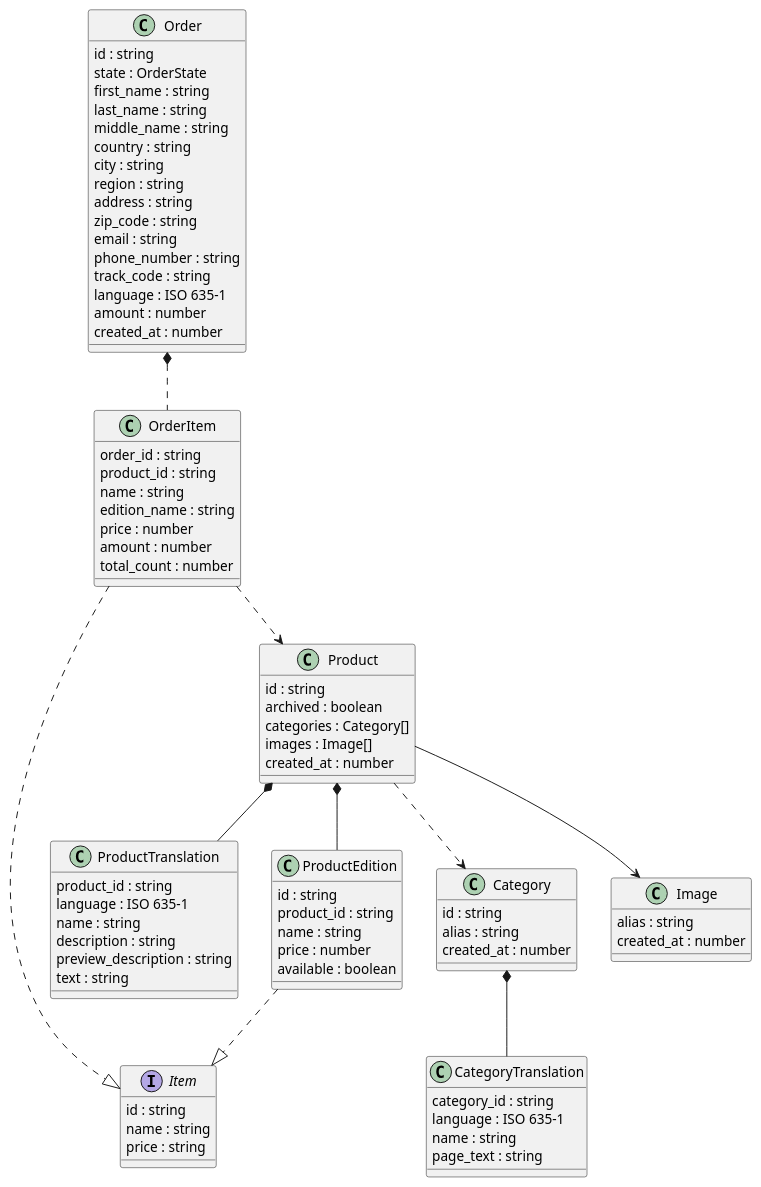
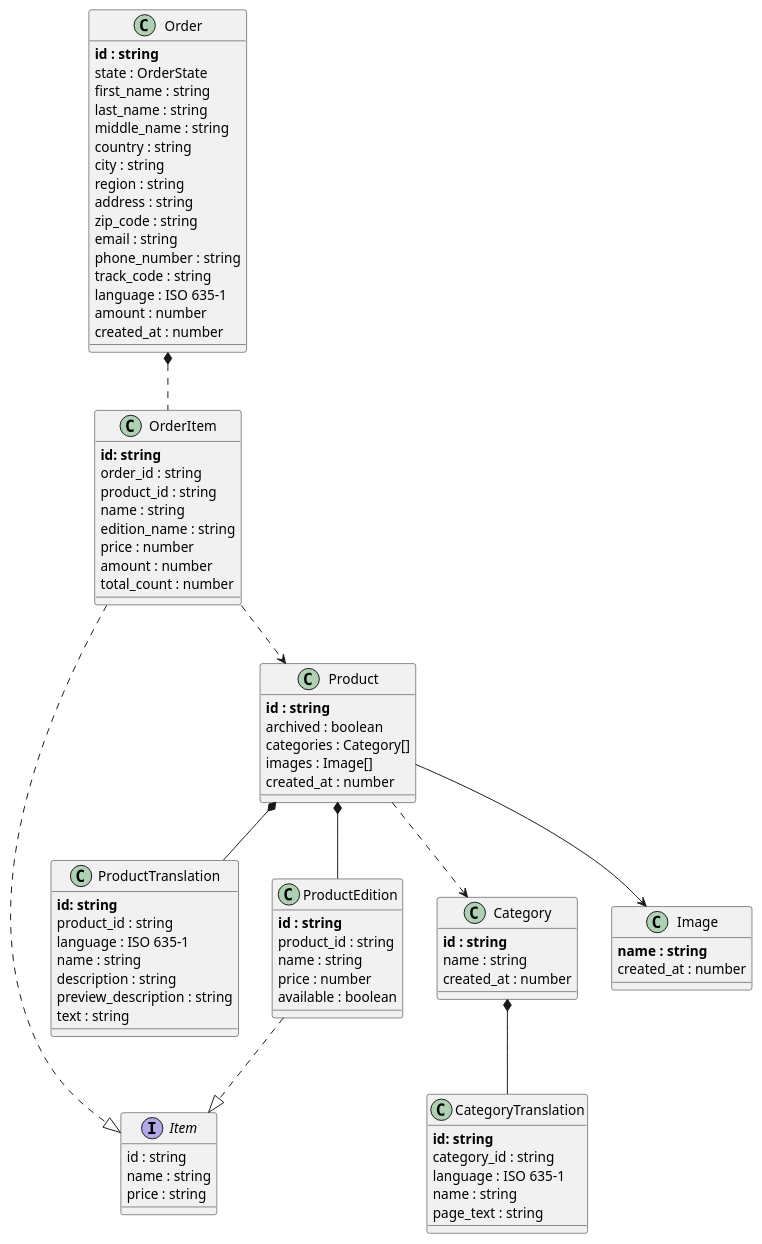
Before and after one commit to async-devil/coffee-e-shop: the diagram in docs/models.puml, drawn with PlantUML.

Commit message:
feat: update models doc

```diff
--- a/docs/models.puml
+++ b/docs/models.puml
@@ -1,91 +1,94 @@
 @startuml models
 
 interface Item {
   id : string
   name : string
   price : string
 }
 
 class Product {
-  id : string
+  <b>id : string
   archived : boolean
   categories : Category[]
   images : Image[]
   created_at : number
 }
 Product *-- ProductTranslation
 Product *-- ProductEdition
 Product ..> Category
 Product --> Image
 
 class ProductTranslation {
+  <b>id: string
   product_id : string
   language : ISO 635-1
   name : string
   description : string
   preview_description : string
   text : string
 }
 
 class ProductEdition {
-  id : string
+  <b>id : string
   product_id : string
   name : string
   price : number
   available : boolean
 }
 ProductEdition ..|> Item
 
 class Image {
-  alias : string
+  <b>name : string
   created_at : number
 }
 
 class Category {
-  id : string
-  alias : string
+  <b>id : string
+  name : string
   created_at : number
 }
 
 Category *-- CategoryTranslation
 
 class CategoryTranslation {
+  <b>id: string
   category_id : string
   language : ISO 635-1
   name : string
   page_text : string
 }
 
 class Order {
-  id : string
+  <b>id : string
   state : OrderState
   first_name : string
   last_name : string
   middle_name : string
   country : string
   city : string
   region : string
   address : string
   zip_code : string
   email : string
   phone_number : string
   track_code : string
   language : ISO 635-1
   amount : number
   created_at : number
 }
 Order *.. OrderItem
 
 class OrderItem {
+  <b>id: string
   order_id : string
   product_id : string
   name : string
   edition_name : string
   price : number
   amount : number
   total_count : number
 }
 OrderItem ..|> Item
 OrderItem ..> Product
 
 @enduml
```
